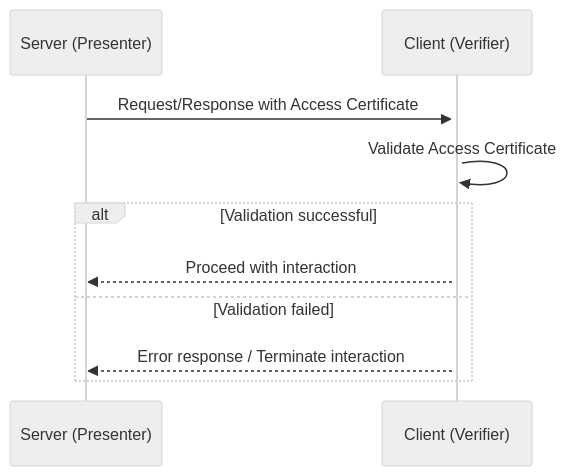
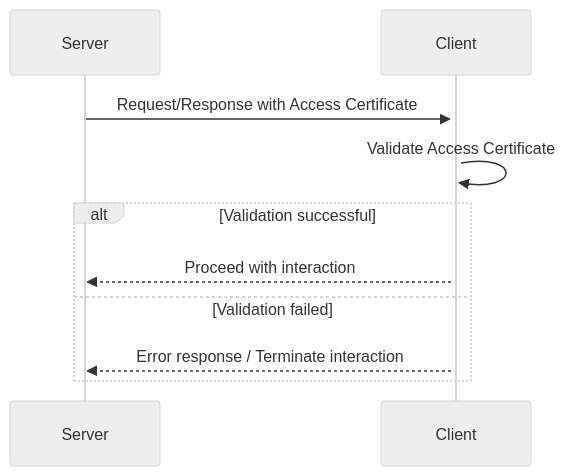
Before and after one commit to APTITUDE-Consortium/wp2-trust-specifications: the first of 3 diagrams in topics/trust-evaluation-process-authentication.md, drawn with Mermaid (neutral theme). The commit also changed other lines of this file, not shown here.

````diff
--- a/topics/trust-evaluation-process-authentication.md
+++ b/topics/trust-evaluation-process-authentication.md
@@ -62,12 +62,12 @@
 ```mermaid
 sequenceDiagram
-    participant Server as Server (Presenter)
-    participant Client as Client (Verifier)
+    participant Server as Server
+    participant Client as Client
     Server->>+Client: Request/Response with Access Certificate
     Client->>Client: Validate Access Certificate
     alt Validation successful
         Client-->>Server: Proceed with interaction
     else Validation failed
         Client-->>Server: Error response / Terminate interaction
     end
 ```
````
